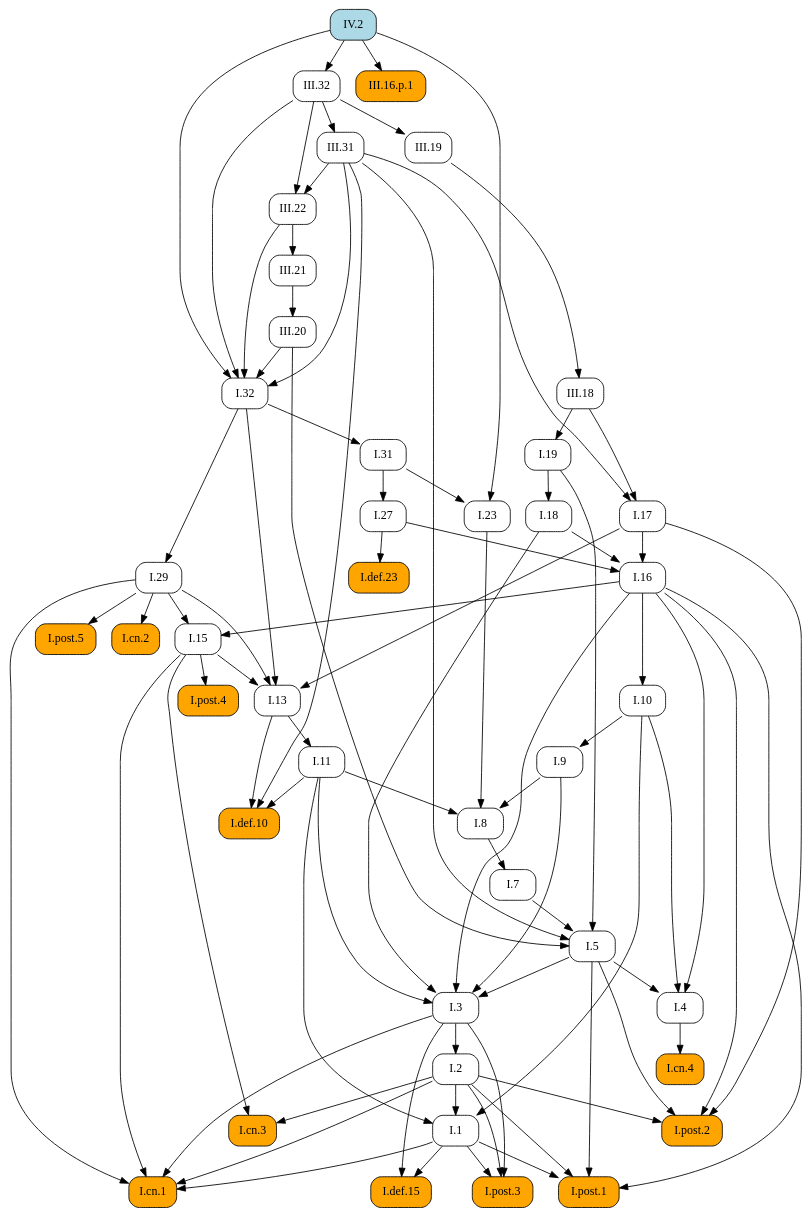
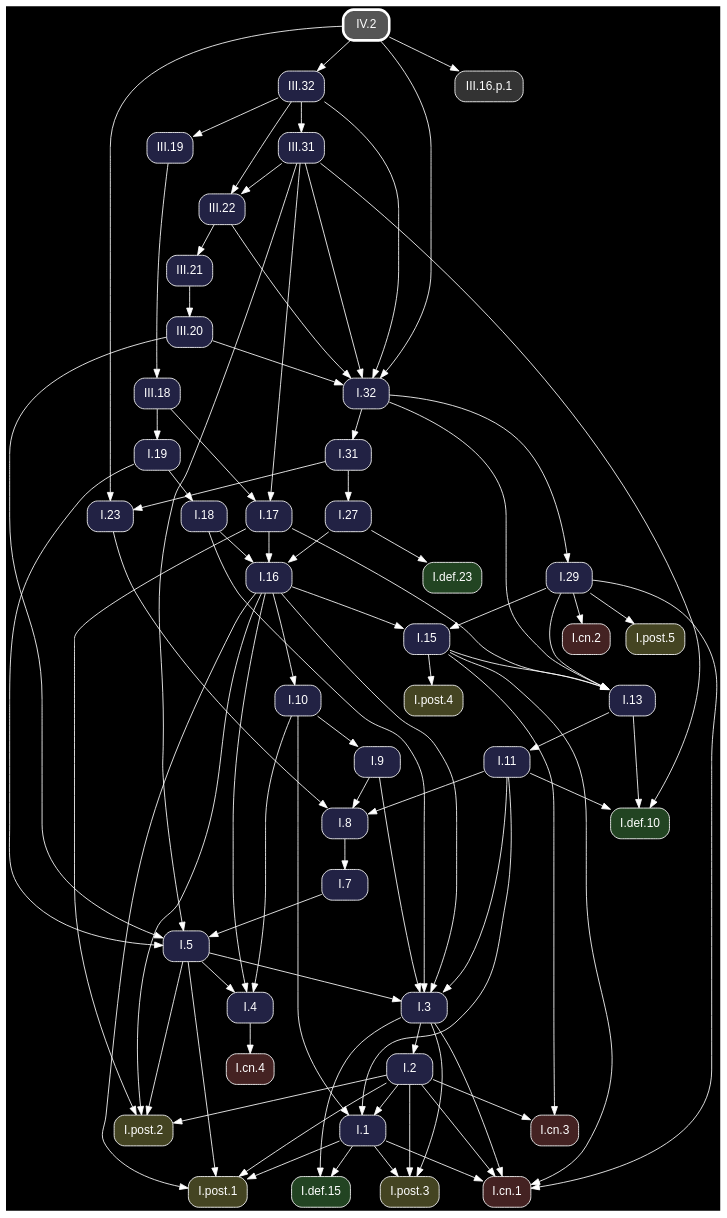
One commit to geometor/elements changed the diagram in docsrc/heath/IV/2/index.rst. Above: the diagram before and after it, drawn with Graphviz. The commit also changed other lines of this file and 1200 other files, not shown here.

Commit message:
update dependency graphs

```diff
--- a/docsrc/heath/IV/2/index.rst
+++ b/docsrc/heath/IV/2/index.rst
@@ -43,79 +43,58 @@
 .. graphviz::
 
    digraph {
+     bgcolor="black";
+     node [shape=box, style="rounded,filled", fontname="Helvetica", color="white", fontcolor="white"];
+     edge [color="white", fontcolor="white"];
      rankdir="TB";
-     node [shape=box, style=rounded];
-     "I.23" [URL="/heath/I/23/", target="_top"];
-     "I.9" [URL="/heath/I/9/", target="_top"];
-     "I.32" [URL="/heath/I/32/", target="_top"];
-     "III.16.p.1" [style="rounded,filled", fillcolor=orange];
-     "I.def.15" [style="rounded,filled", fillcolor=orange, URL="/heath/I/def.15/", target="_top"];
-     "I.post.3" [style="rounded,filled", fillcolor=orange, URL="/heath/I/post.3/", target="_top"];
-     "I.post.1" [style="rounded,filled", fillcolor=orange, URL="/heath/I/post.1/", target="_top"];
-     "I.19" [URL="/heath/I/19/", target="_top"];
-     "III.20" [URL="/heath/III/20/", target="_top"];
-     "III.19" [URL="/heath/III/19/", target="_top"];
-     "I.31" [URL="/heath/I/31/", target="_top"];
-     "III.22" [URL="/heath/III/22/", target="_top"];
-     "I.def.10" [style="rounded,filled", fillcolor=orange, URL="/heath/I/def.10/", target="_top"];
-     "I.18" [URL="/heath/I/18/", target="_top"];
-     "I.27" [URL="/heath/I/27/", target="_top"];
-     "I.3" [URL="/heath/I/3/", target="_top"];
-     "I.cn.1" [style="rounded,filled", fillcolor=orange, URL="/heath/I/cn.1/", target="_top"];
-     "III.18" [URL="/heath/III/18/", target="_top"];
-     "I.7" [URL="/heath/I/7/", target="_top"];
-     "III.32" [URL="/heath/III/32/", target="_top"];
-     "I.2" [URL="/heath/I/2/", target="_top"];
-     "I.13" [URL="/heath/I/13/", target="_top"];
-     "I.post.4" [style="rounded,filled", fillcolor=orange, URL="/heath/I/post.4/", target="_top"];
-     "I.4" [URL="/heath/I/4/", target="_top"];
-     "I.1" [URL="/heath/I/1/", target="_top"];
-     "I.5" [URL="/heath/I/5/", target="_top"];
-     "I.8" [URL="/heath/I/8/", target="_top"];
-     "I.17" [URL="/heath/I/17/", target="_top"];
-     "I.29" [URL="/heath/I/29/", target="_top"];
-     "I.cn.3" [style="rounded,filled", fillcolor=orange, URL="/heath/I/cn.3/", target="_top"];
-     "I.16" [URL="/heath/I/16/", target="_top"];
-     "III.31" [URL="/heath/III/31/", target="_top"];
-     "I.15" [URL="/heath/I/15/", target="_top"];
-     "I.10" [URL="/heath/I/10/", target="_top"];
-     "I.11" [URL="/heath/I/11/", target="_top"];
-     "I.def.23" [style="rounded,filled", fillcolor=orange, URL="/heath/I/def.23/", target="_top"];
-     "I.cn.2" [style="rounded,filled", fillcolor=orange, URL="/heath/I/cn.2/", target="_top"];
-     "IV.2" [style="rounded,filled", fillcolor=lightblue, URL="/heath/IV/2/", target="_top"];
-     "I.post.5" [style="rounded,filled", fillcolor=orange, URL="/heath/I/post.5/", target="_top"];
-     "III.21" [URL="/heath/III/21/", target="_top"];
-     "I.cn.4" [style="rounded,filled", fillcolor=orange, URL="/heath/I/cn.4/", target="_top"];
-     "I.post.2" [style="rounded,filled", fillcolor=orange, URL="/heath/I/post.2/", target="_top"];
-     "I.31" -> "I.23";
-     "IV.2" -> "I.23";
-     "I.10" -> "I.9";
+     "I.31" [fillcolor="#222244", URL="/heath/I/31/", target="_top"];
+     "I.32" [fillcolor="#222244", URL="/heath/I/32/", target="_top"];
+     "I.3" [fillcolor="#222244", URL="/heath/I/3/", target="_top"];
+     "I.cn.1" [fillcolor="#442222", URL="/heath/I/cn.1/", target="_top"];
+     "I.19" [fillcolor="#222244", URL="/heath/I/19/", target="_top"];
+     "I.def.10" [fillcolor="#224422", URL="/heath/I/def.10/", target="_top"];
+     "III.32" [fillcolor="#222244", URL="/heath/III/32/", target="_top"];
+     "I.15" [fillcolor="#222244", URL="/heath/I/15/", target="_top"];
+     "III.18" [fillcolor="#222244", URL="/heath/III/18/", target="_top"];
+     "I.13" [fillcolor="#222244", URL="/heath/I/13/", target="_top"];
+     "I.27" [fillcolor="#222244", URL="/heath/I/27/", target="_top"];
+     "I.2" [fillcolor="#222244", URL="/heath/I/2/", target="_top"];
+     "I.cn.2" [fillcolor="#442222", URL="/heath/I/cn.2/", target="_top"];
+     "I.9" [fillcolor="#222244", URL="/heath/I/9/", target="_top"];
+     "I.1" [fillcolor="#222244", URL="/heath/I/1/", target="_top"];
+     "I.post.5" [fillcolor="#444422", URL="/heath/I/post.5/", target="_top"];
+     "I.post.4" [fillcolor="#444422", URL="/heath/I/post.4/", target="_top"];
+     "I.23" [fillcolor="#222244", URL="/heath/I/23/", target="_top"];
+     "I.8" [fillcolor="#222244", URL="/heath/I/8/", target="_top"];
+     "I.4" [fillcolor="#222244", URL="/heath/I/4/", target="_top"];
+     "I.7" [fillcolor="#222244", URL="/heath/I/7/", target="_top"];
+     "I.5" [fillcolor="#222244", URL="/heath/I/5/", target="_top"];
+     "I.10" [fillcolor="#222244", URL="/heath/I/10/", target="_top"];
+     "III.22" [fillcolor="#222244", URL="/heath/III/22/", target="_top"];
+     "I.post.1" [fillcolor="#444422", URL="/heath/I/post.1/", target="_top"];
+     "I.11" [fillcolor="#222244", URL="/heath/I/11/", target="_top"];
+     "I.16" [fillcolor="#222244", URL="/heath/I/16/", target="_top"];
+     "I.cn.3" [fillcolor="#442222", URL="/heath/I/cn.3/", target="_top"];
+     "III.21" [fillcolor="#222244", URL="/heath/III/21/", target="_top"];
+     "I.29" [fillcolor="#222244", URL="/heath/I/29/", target="_top"];
+     "I.post.2" [fillcolor="#444422", URL="/heath/I/post.2/", target="_top"];
+     "I.cn.4" [fillcolor="#442222", URL="/heath/I/cn.4/", target="_top"];
+     "I.def.23" [fillcolor="#224422", URL="/heath/I/def.23/", target="_top"];
+     "IV.2" [penwidth=3, color="white", fillcolor="#555555", URL="/heath/IV/2/", target="_top"];
+     "III.19" [fillcolor="#222244", URL="/heath/III/19/", target="_top"];
+     "III.31" [fillcolor="#222244", URL="/heath/III/31/", target="_top"];
+     "I.post.3" [fillcolor="#444422", URL="/heath/I/post.3/", target="_top"];
+     "I.18" [fillcolor="#222244", URL="/heath/I/18/", target="_top"];
+     "III.20" [fillcolor="#222244", URL="/heath/III/20/", target="_top"];
+     "I.def.15" [fillcolor="#224422", URL="/heath/I/def.15/", target="_top"];
+     "I.17" [fillcolor="#222244", URL="/heath/I/17/", target="_top"];
+     "III.16.p.1" [fillcolor="#333333"];
+     "I.32" -> "I.31";
      "III.20" -> "I.32";
      "III.22" -> "I.32";
      "III.31" -> "I.32";
      "III.32" -> "I.32";
      "IV.2" -> "I.32";
-     "IV.2" -> "III.16.p.1";
-     "I.1" -> "I.def.15";
-     "I.3" -> "I.def.15";
-     "I.1" -> "I.post.3";
-     "I.2" -> "I.post.3";
-     "I.3" -> "I.post.3";
-     "I.1" -> "I.post.1";
-     "I.2" -> "I.post.1";
-     "I.5" -> "I.post.1";
-     "I.16" -> "I.post.1";
-     "III.18" -> "I.19";
-     "III.21" -> "III.20";
-     "III.32" -> "III.19";
-     "I.32" -> "I.31";
-     "III.31" -> "III.22";
-     "III.32" -> "III.22";
-     "I.11" -> "I.def.10";
-     "I.13" -> "I.def.10";
-     "III.31" -> "I.def.10";
-     "I.19" -> "I.18";
-     "I.31" -> "I.27";
      "I.5" -> "I.3";
      "I.9" -> "I.3";
      "I.11" -> "I.3";
@@ -126,48 +105,71 @@
      "I.3" -> "I.cn.1";
      "I.15" -> "I.cn.1";
      "I.29" -> "I.cn.1";
+     "III.18" -> "I.19";
+     "I.11" -> "I.def.10";
+     "I.13" -> "I.def.10";
+     "III.31" -> "I.def.10";
+     "IV.2" -> "III.32";
+     "I.16" -> "I.15";
+     "I.29" -> "I.15";
      "III.19" -> "III.18";
-     "I.8" -> "I.7";
-     "IV.2" -> "III.32";
-     "I.3" -> "I.2";
      "I.15" -> "I.13";
      "I.17" -> "I.13";
      "I.29" -> "I.13";
      "I.32" -> "I.13";
+     "I.31" -> "I.27";
+     "I.3" -> "I.2";
+     "I.29" -> "I.cn.2";
+     "I.10" -> "I.9";
+     "I.2" -> "I.1";
+     "I.10" -> "I.1";
+     "I.11" -> "I.1";
+     "I.29" -> "I.post.5";
      "I.15" -> "I.post.4";
+     "I.31" -> "I.23";
+     "IV.2" -> "I.23";
+     "I.9" -> "I.8";
+     "I.11" -> "I.8";
+     "I.23" -> "I.8";
      "I.5" -> "I.4";
      "I.10" -> "I.4";
      "I.16" -> "I.4";
-     "I.2" -> "I.1";
-     "I.10" -> "I.1";
-     "I.11" -> "I.1";
+     "I.8" -> "I.7";
      "I.7" -> "I.5";
      "I.19" -> "I.5";
      "III.20" -> "I.5";
      "III.31" -> "I.5";
-     "I.9" -> "I.8";
-     "I.11" -> "I.8";
-     "I.23" -> "I.8";
-     "III.18" -> "I.17";
-     "III.31" -> "I.17";
-     "I.32" -> "I.29";
-     "I.2" -> "I.cn.3";
-     "I.15" -> "I.cn.3";
+     "I.16" -> "I.10";
+     "III.31" -> "III.22";
+     "III.32" -> "III.22";
+     "I.1" -> "I.post.1";
+     "I.2" -> "I.post.1";
+     "I.5" -> "I.post.1";
+     "I.16" -> "I.post.1";
+     "I.13" -> "I.11";
      "I.17" -> "I.16";
      "I.18" -> "I.16";
      "I.27" -> "I.16";
-     "III.32" -> "III.31";
-     "I.16" -> "I.15";
-     "I.29" -> "I.15";
-     "I.16" -> "I.10";
-     "I.13" -> "I.11";
-     "I.27" -> "I.def.23";
-     "I.29" -> "I.cn.2";
-     "I.29" -> "I.post.5";
+     "I.2" -> "I.cn.3";
+     "I.15" -> "I.cn.3";
      "III.22" -> "III.21";
-     "I.4" -> "I.cn.4";
+     "I.32" -> "I.29";
      "I.2" -> "I.post.2";
      "I.5" -> "I.post.2";
      "I.16" -> "I.post.2";
      "I.17" -> "I.post.2";
+     "I.4" -> "I.cn.4";
+     "I.27" -> "I.def.23";
+     "III.32" -> "III.19";
+     "III.32" -> "III.31";
+     "I.1" -> "I.post.3";
+     "I.2" -> "I.post.3";
+     "I.3" -> "I.post.3";
+     "I.19" -> "I.18";
+     "III.21" -> "III.20";
+     "I.1" -> "I.def.15";
+     "I.3" -> "I.def.15";
+     "III.18" -> "I.17";
+     "III.31" -> "I.17";
+     "IV.2" -> "III.16.p.1";
    }
```
